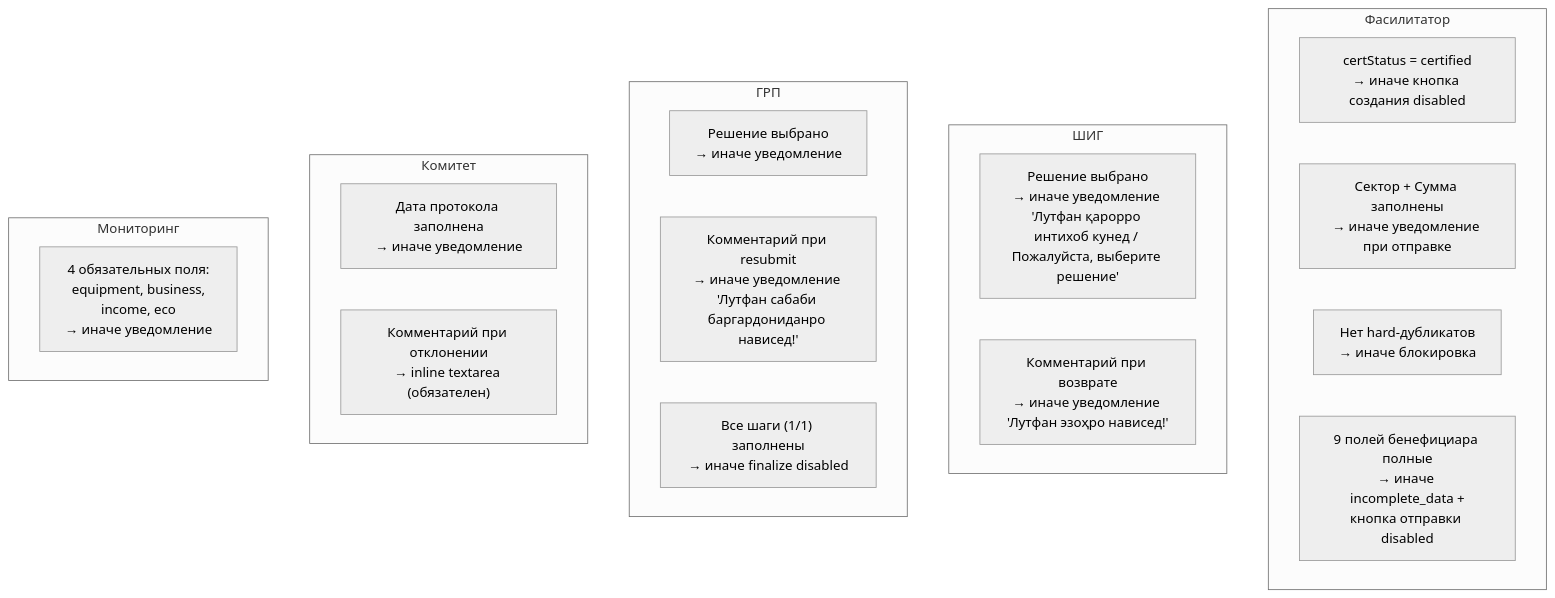
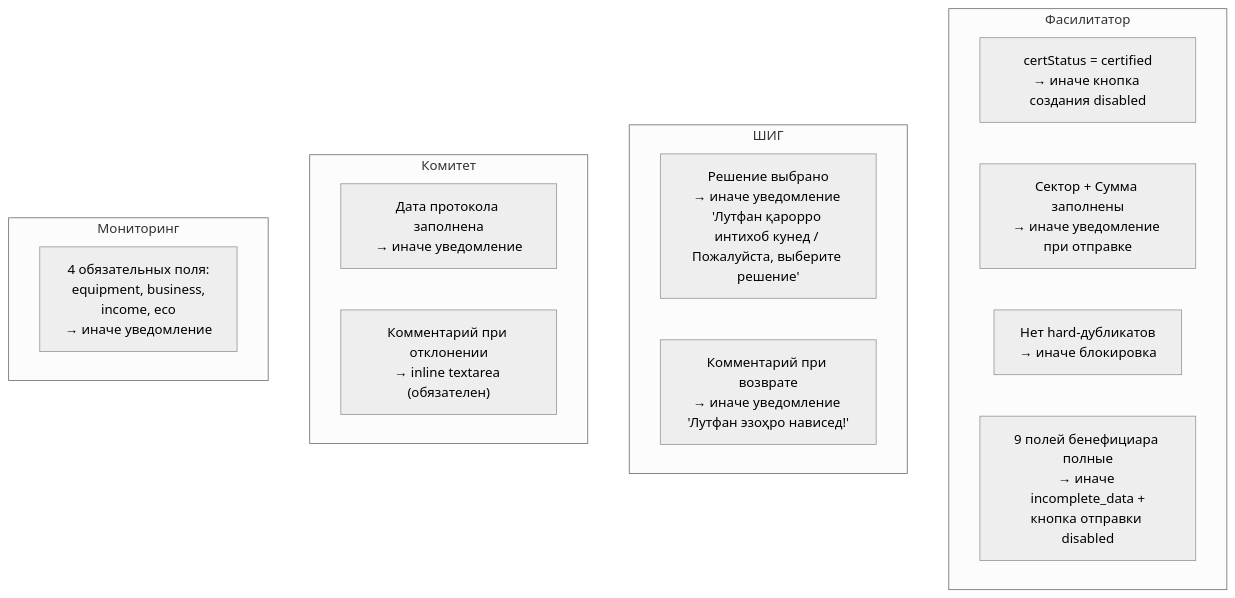
The third of 5 diagrams in docs/ACCESS-CONTROL.md (firka-kh/eip-test), drawn with Mermaid (neutral theme) before and after one commit. The commit also changed other lines of this file and 51 other files, not shown here.

````diff
--- a/docs/ACCESS-CONTROL.md
+++ b/docs/ACCESS-CONTROL.md
@@ -237,29 +206,23 @@
 ```mermaid
 flowchart TD
     subgraph "Фасилитатор"
         V1["certStatus = certified<br/>→ иначе кнопка создания disabled"]
         V2["Сектор + Сумма заполнены<br/>→ иначе уведомление при отправке"]
         V3["Нет hard-дубликатов<br/>→ иначе блокировка"]
         V3b["9 полей бенефициара полные<br/>→ иначе incomplete_data +<br/>кнопка отправки disabled"]
     end
 
     subgraph "ШИГ"
         V4["Решение выбрано<br/>→ иначе уведомление 'Лутфан қарорро интихоб кунед / Пожалуйста, выберите решение'"]
         V5["Комментарий при возврате<br/>→ иначе уведомление 'Лутфан эзоҳро нависед!'"]
     end
 
-    subgraph "ГРП"
-        V6["Решение выбрано<br/>→ иначе уведомление"]
-        V7["Комментарий при resubmit<br/>→ иначе уведомление 'Лутфан сабаби баргардониданро нависед!'"]
-        V8["Все шаги (1/1) заполнены<br/>→ иначе finalize disabled"]
-    end
-
     subgraph "Комитет"
         V9["Дата протокола заполнена<br/>→ иначе уведомление"]
         V10["Комментарий при отклонении<br/>→ inline textarea (обязателен)"]
     end
 
     subgraph "Мониторинг"
         V11["4 обязательных поля:<br/>equipment, business,<br/>income, eco<br/>→ иначе уведомление"]
     end
 ```
````
